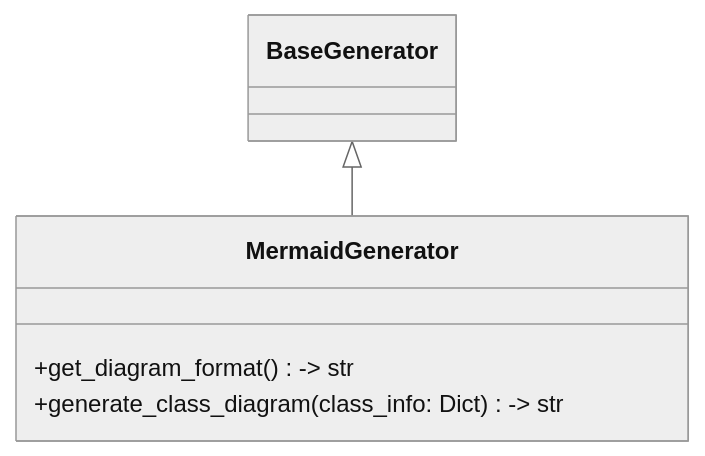
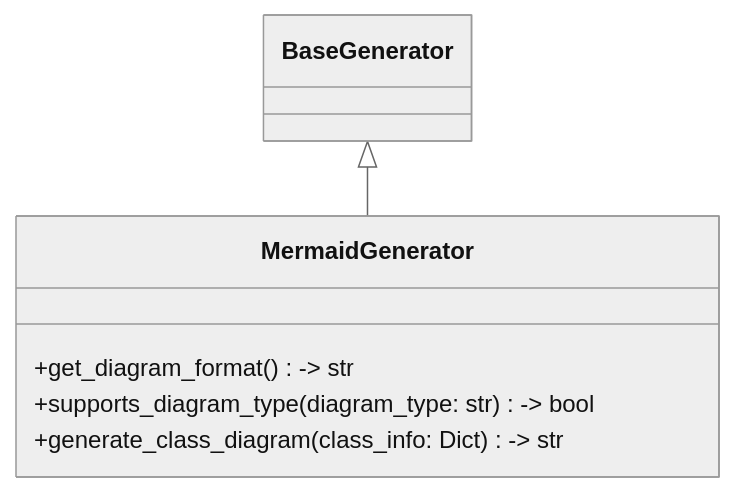
Before and after one commit to Brunvelop/autocode: the diagram in design/autocode/core/design/generators/mermaid_generator_class.md, drawn with Mermaid (neutral theme). The commit also changed other lines of this file and 11 other files, not shown here.

First line of the commit message:
feat: add Code-to-Design system with diagram generation

````diff
--- a/design/autocode/core/design/generators/mermaid_generator_class.md
+++ b/design/autocode/core/design/generators/mermaid_generator_class.md
@@ -9,9 +9,10 @@
 ```mermaid
 classDiagram
     class MermaidGenerator {
         +get_diagram_format() -> str
+        +supports_diagram_type(diagram_type: str) -> bool
         +generate_class_diagram(class_info: Dict) -> str
     }
     BaseGenerator <|-- MermaidGenerator
 
 ```
````
